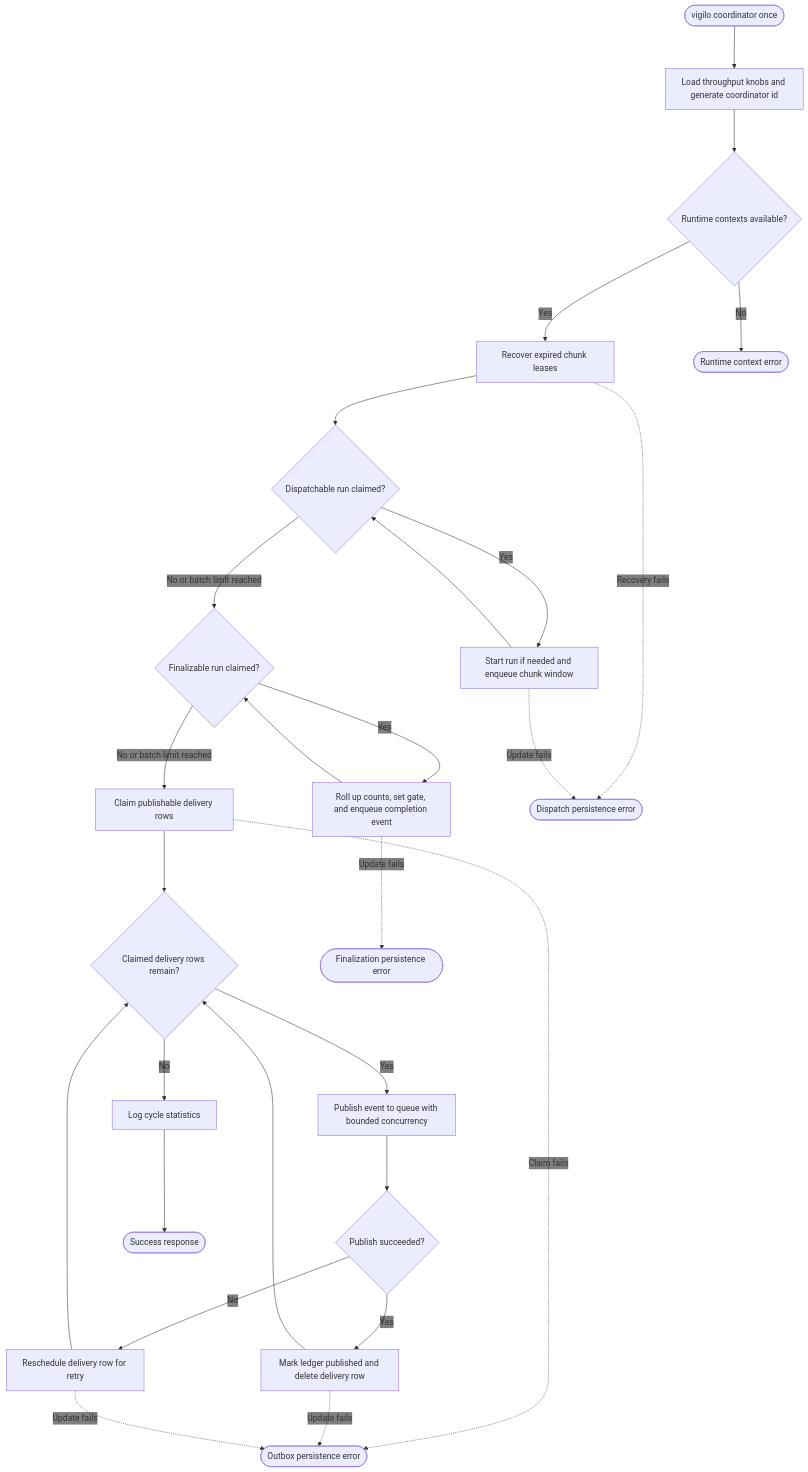
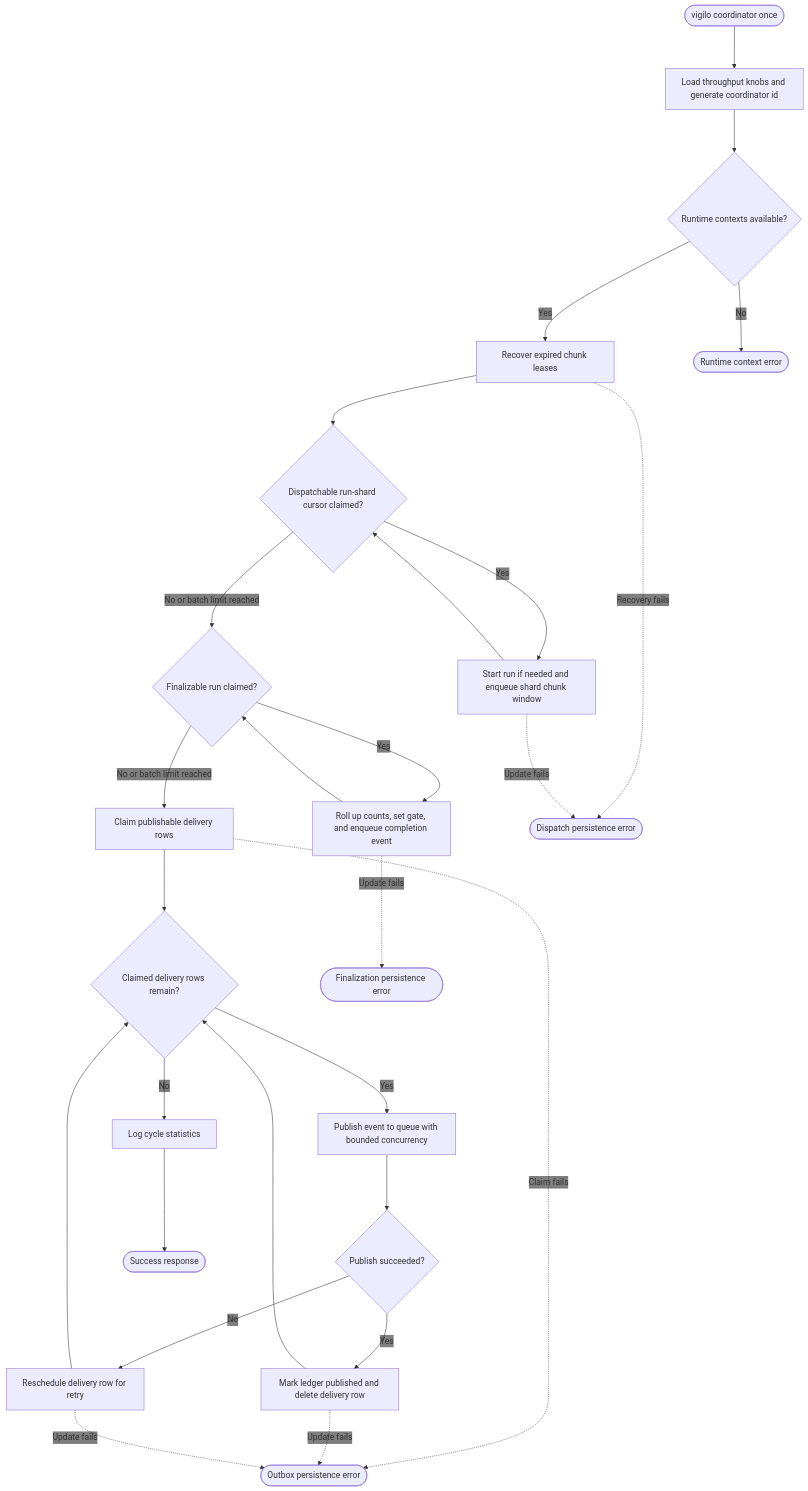
Before and after one commit to gregl83/agent-vigilo: the diagram in web/docs/architecture/flows/coordinator/once/decision-flow.mmd, drawn with Mermaid. The commit also changed 28 other files, not shown here.

```diff
--- a/web/docs/architecture/flows/coordinator/once/decision-flow.mmd
+++ b/web/docs/architecture/flows/coordinator/once/decision-flow.mmd
@@ -1,78 +1,78 @@
 ---
 config:
   flowchart:
     nodeSpacing: 150
     rankSpacing: 80
   themeVariables:
     edgeLabelBackground: 'transparent'
 ---
 flowchart TD
     Start([vigilo coordinator once])
 
     CoordinatorId[Load throughput knobs and generate coordinator id]
     Contexts{Runtime contexts available?}
     Recover[Recover expired chunk leases]
-    DispatchClaim{Dispatchable run claimed?}
-    DispatchRun[Start run if needed and enqueue chunk window]
+    DispatchClaim{Dispatchable run-shard cursor claimed?}
+    DispatchRun[Start run if needed and enqueue shard chunk window]
     FinalizeClaim{Finalizable run claimed?}
     FinalizeRun[Roll up counts, set gate, and enqueue completion event]
     ClaimOutbox[Claim publishable delivery rows]
     Events{Claimed delivery rows remain?}
     Publish[Publish event to queue with bounded concurrency]
     PublishResult{Publish succeeded?}
     MarkPublished[Mark ledger published and delete delivery row]
     Reschedule[Reschedule delivery row for retry]
     Stats[Log cycle statistics]
 
     Success([Success response])
 
     ContextFail([Runtime context error])
     DispatchFail([Dispatch persistence error])
     FinalizeFail([Finalization persistence error])
     OutboxFail([Outbox persistence error])
 
     Start --> CoordinatorId
     CoordinatorId --> Contexts
 
     Contexts -- No --> ContextFail
     Contexts -- Yes --> Recover
 
     Recover --> DispatchClaim
     Recover -. Recovery fails .-> DispatchFail
 
     DispatchClaim -- Yes --> DispatchRun
     DispatchClaim -- No or batch limit reached --> FinalizeClaim
 
     DispatchRun --> DispatchClaim
     DispatchRun -. Update fails .-> DispatchFail
 
     FinalizeClaim -- Yes --> FinalizeRun
     FinalizeClaim -- No or batch limit reached --> ClaimOutbox
 
     FinalizeRun --> FinalizeClaim
     FinalizeRun -. Update fails .-> FinalizeFail
 
     ClaimOutbox --> Events
     ClaimOutbox -. Claim fails .-> OutboxFail
 
     Events -- Yes --> Publish
     Events -- No --> Stats
 
     Publish --> PublishResult
 
     PublishResult -- Yes --> MarkPublished
     PublishResult -- No --> Reschedule
 
     MarkPublished --> Events
     MarkPublished -. Update fails .-> OutboxFail
 
     Reschedule --> Events
     Reschedule -. Update fails .-> OutboxFail
 
     Stats --> Success
 
     class Start command
     class Success success
     class CoordinatorId,Contexts,Recover,DispatchClaim,DispatchRun,FinalizeClaim,FinalizeRun,ClaimOutbox,Events,PublishResult,MarkPublished,Reschedule,Stats system
     class Publish component
     class ContextFail,DispatchFail,FinalizeFail,OutboxFail error
```
